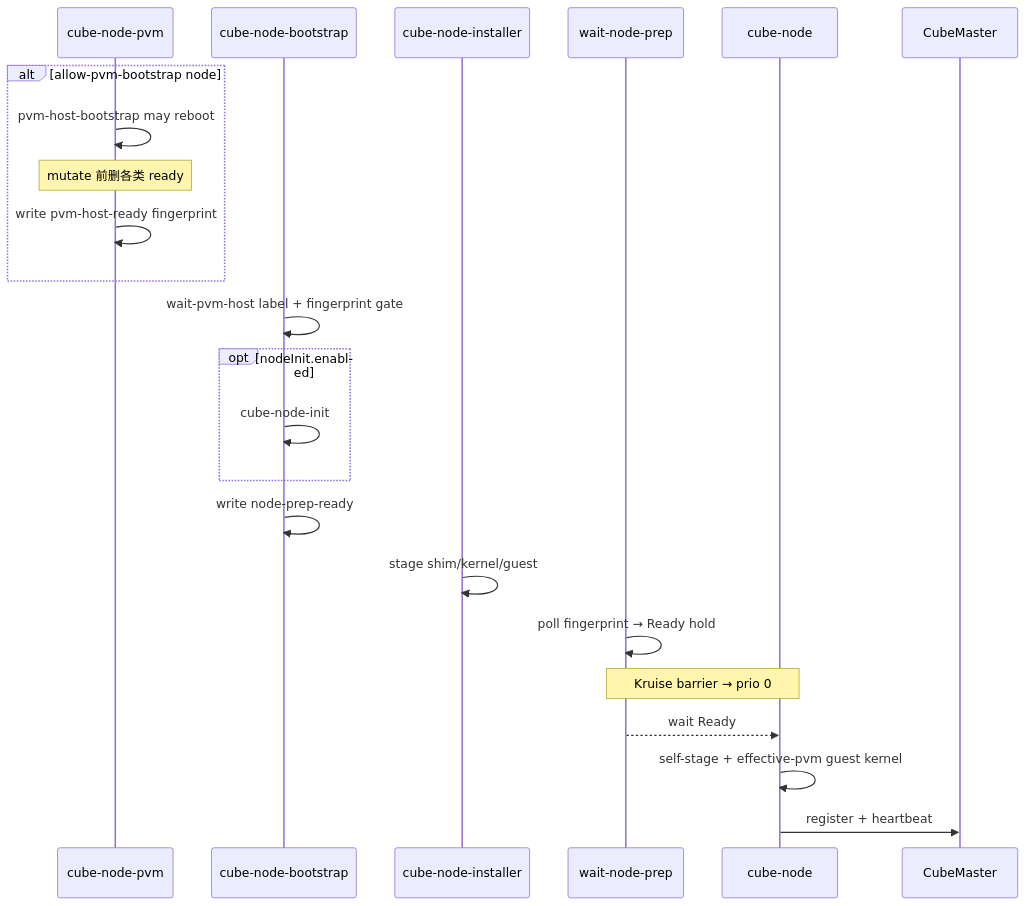
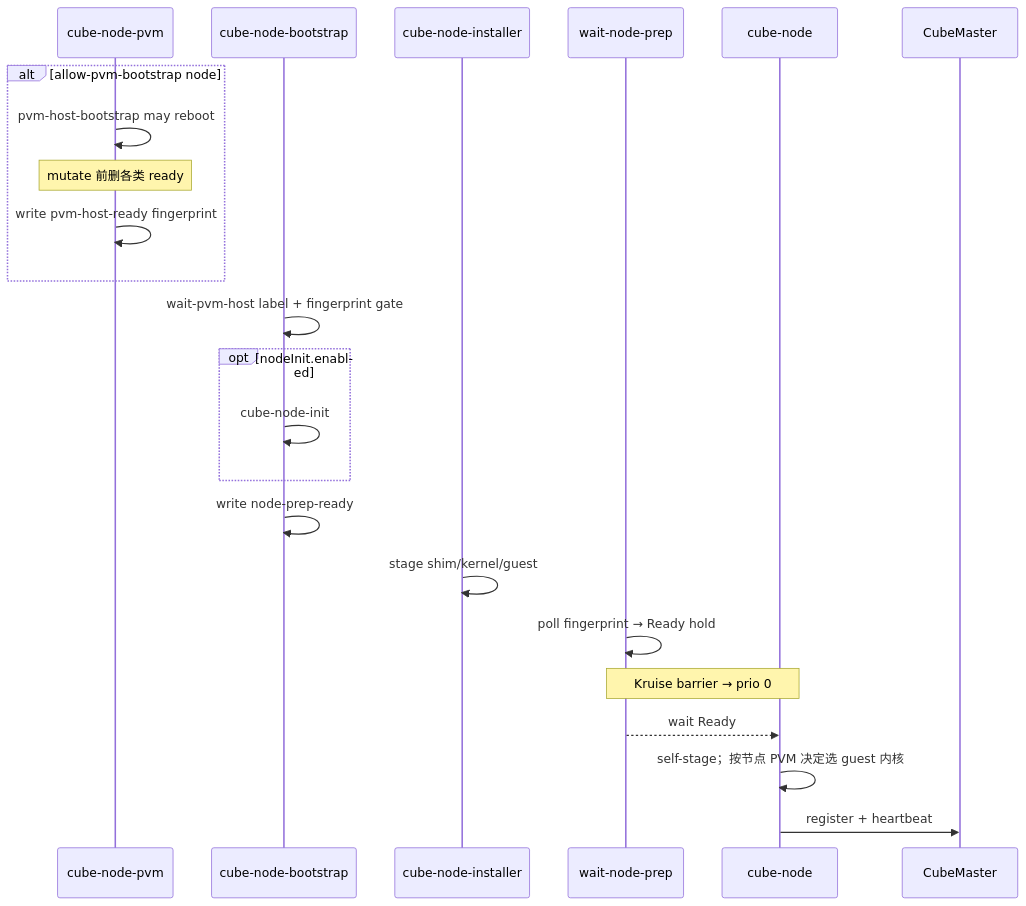
One commit to TencentCloud/CubeSandbox changed the fifth of 9 diagrams in deploy/kubernetes/chart/docs/ARCHITECTURE.md. Above: the diagram before and after it, drawn with Mermaid. The commit also changed other lines of this file and 21 other files, not shown here.

````diff
--- a/deploy/kubernetes/chart/docs/ARCHITECTURE.md
+++ b/deploy/kubernetes/chart/docs/ARCHITECTURE.md
@@ -247,26 +250,26 @@
 ```mermaid
 sequenceDiagram
   participant PVM as cube-node-pvm
   participant Boot as cube-node-bootstrap
   participant Inst as cube-node-installer
   participant Wait as wait-node-prep
   participant CN as cube-node
   participant CM as CubeMaster
 
   alt allow-pvm-bootstrap node
     PVM->>PVM: pvm-host-bootstrap may reboot
     Note over PVM: mutate 前删各类 ready
     PVM->>PVM: write pvm-host-ready fingerprint
   end
   Boot->>Boot: wait-pvm-host label + fingerprint gate
   opt nodeInit.enabled
     Boot->>Boot: cube-node-init
   end
   Boot->>Boot: write node-prep-ready
   Inst->>Inst: stage shim/kernel/guest
   Wait->>Wait: poll fingerprint → Ready hold
   Note over Wait,CN: Kruise barrier → prio 0
   Wait-->>CN: wait Ready
-  CN->>CN: self-stage + effective-pvm guest kernel
+  CN->>CN: self-stage；按节点 PVM 决定选 guest 内核
   CN->>CM: register + heartbeat
 ```
````
